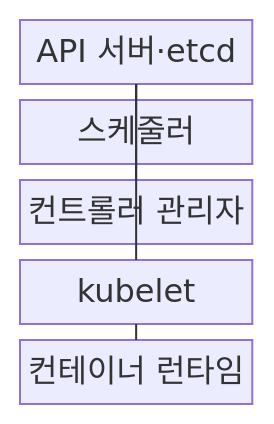
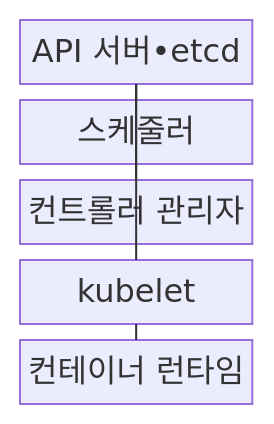
One commit to agnusdei1207/knowledge-base changed the first of 2 diagrams in src/content/docs/notes/03-software/152_kubernetes_architecture.md. Above: the diagram before and after it, drawn with Mermaid. The commit also changed other lines of this file and 953 other files, not shown here.

````diff
--- a/src/content/docs/notes/03-software/152_kubernetes_architecture.md
+++ b/src/content/docs/notes/03-software/152_kubernetes_architecture.md
@@ -65,13 +65,13 @@
 ```mermaid
 block
     columns 1
-    A["API 서버·etcd"]
+    A["API 서버•etcd"]
     B["스케줄러"]
     C["컨트롤러 관리자"]
     D["kubelet"]
     E["컨테이너 런타임"]
     A --- B
     A --- C
     A --- D
     D --- E
 ```
````
